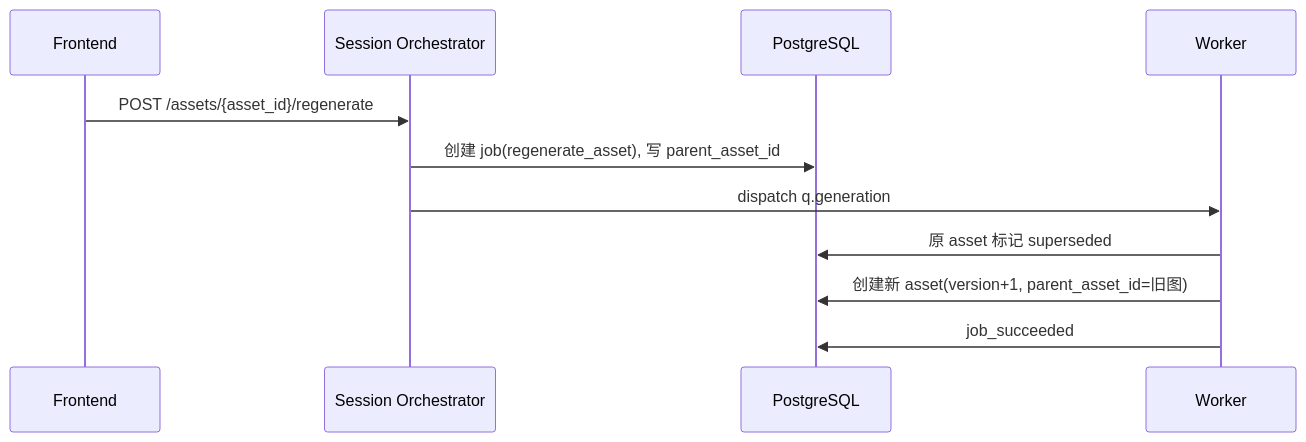
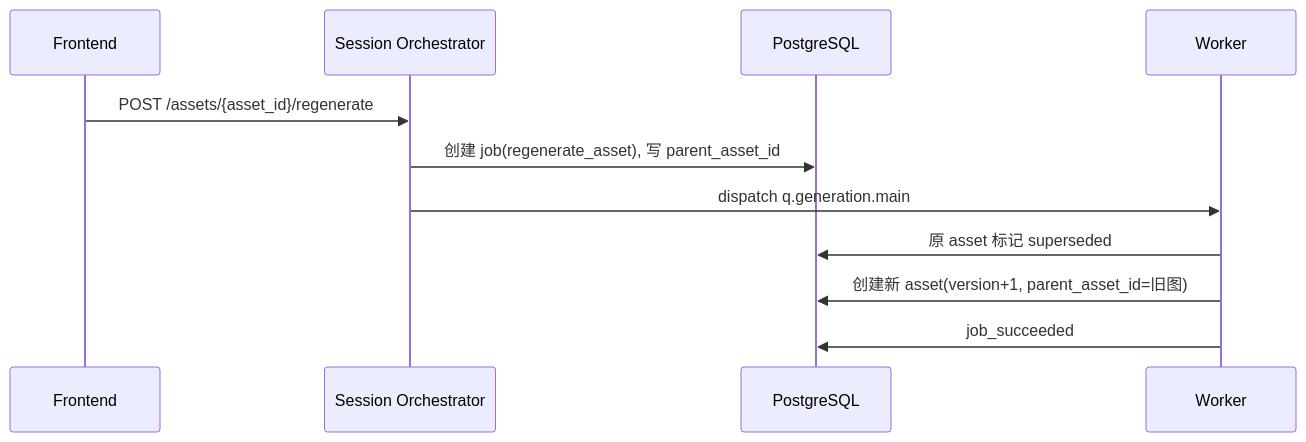
The third of 3 diagrams in docs/生图Agent协作逻辑.md (JackWPP/smartphoto_backend), drawn with Mermaid before and after one commit. The commit also changed other lines of this file and 50 other files, not shown here.

````diff
--- a/docs/生图Agent协作逻辑.md
+++ b/docs/生图Agent协作逻辑.md
@@ -211,14 +237,14 @@
 ```mermaid
 sequenceDiagram
     participant FE as Frontend
     participant API as Session Orchestrator
     participant DB as PostgreSQL
     participant W as Worker
 
     FE->>API: POST /assets/{asset_id}/regenerate
     API->>DB: 创建 job(regenerate_asset), 写 parent_asset_id
-    API->>W: dispatch q.generation
+    API->>W: dispatch q.generation.main
     W->>DB: 原 asset 标记 superseded
     W->>DB: 创建新 asset(version+1, parent_asset_id=旧图)
     W->>DB: job_succeeded
 ```
````
